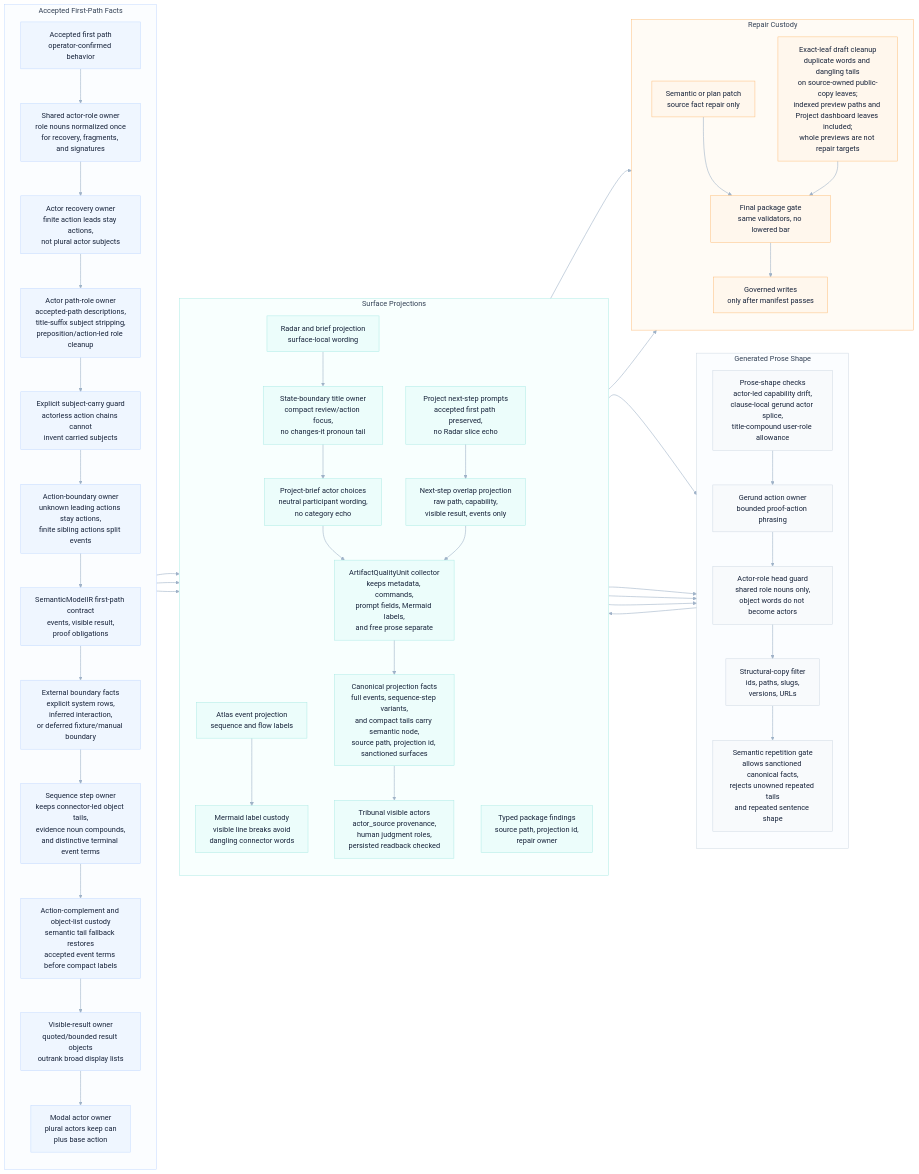
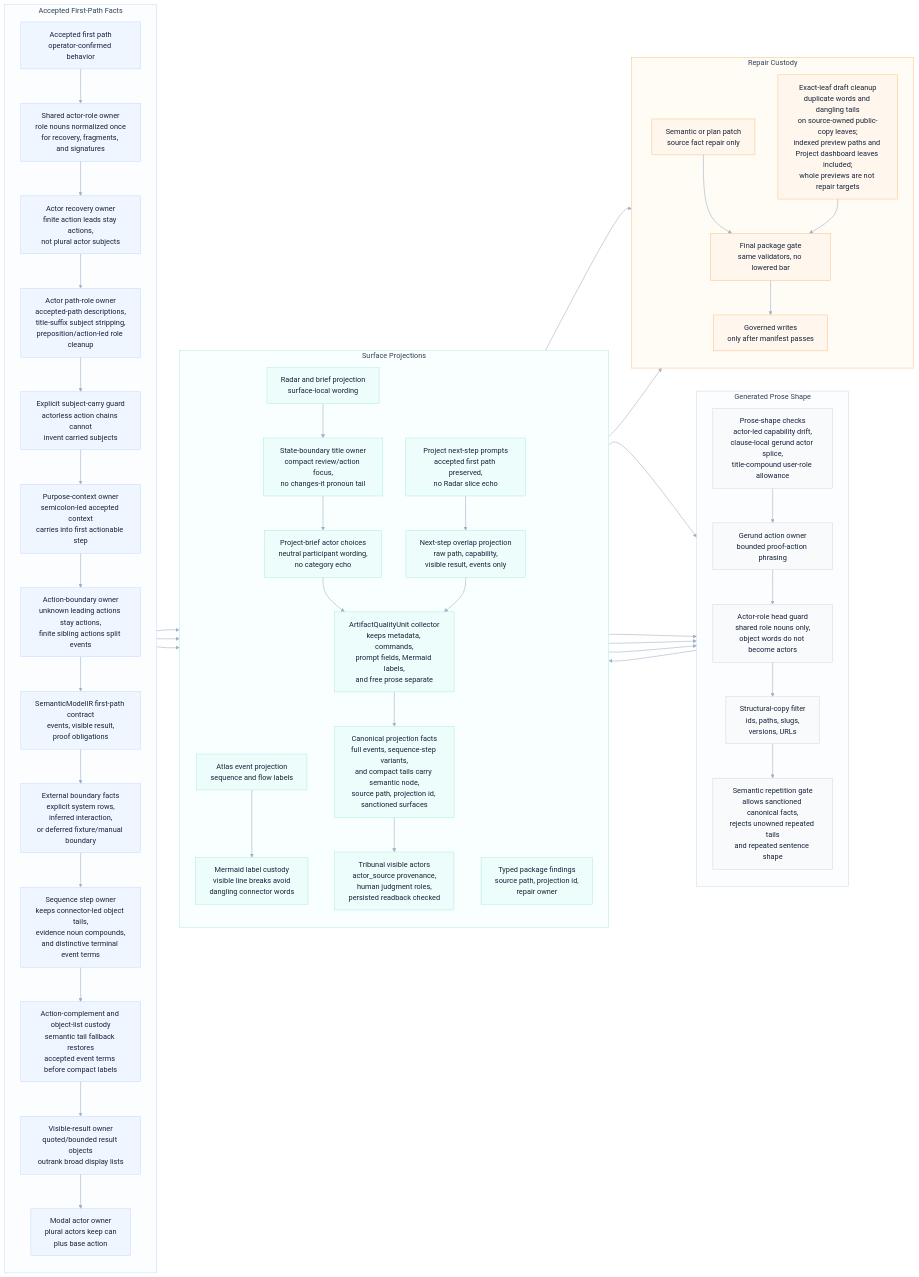
Before and after one commit to odylith/odylith: the diagram in odylith/atlas/source/greenfield-first-path-semantic-copy-custody.mmd, drawn with Mermaid. The commit also changed 29 other files, not shown here.

```diff
--- a/odylith/atlas/source/greenfield-first-path-semantic-copy-custody.mmd
+++ b/odylith/atlas/source/greenfield-first-path-semantic-copy-custody.mmd
@@ -1,100 +1,102 @@
 flowchart LR
     subgraph intent_lane["Accepted First-Path Facts"]
       direction TB
       accepted_path["Accepted first path<br/>operator-confirmed behavior"]
       actor_roles["Shared actor-role owner<br/>role nouns normalized once<br/>for recovery, fragments, and signatures"]
       actor_recovery["Actor recovery owner<br/>finite action leads stay actions,<br/>not plural actor subjects"]
       actor_path_role["Actor path-role owner<br/>accepted-path descriptions,<br/>title-suffix subject stripping,<br/>preposition/action-led role cleanup"]
       subject_carry_guard["Explicit subject-carry guard<br/>actorless action chains cannot<br/>invent carried subjects"]
+      purpose_context["Purpose-context owner<br/>semicolon-led accepted context<br/>carries into first actionable step"]
       action_boundary["Action-boundary owner<br/>unknown leading actions stay actions,<br/>finite sibling actions split events"]
       semantic_contract["SemanticModelIR first-path contract<br/>events, visible result,<br/>proof obligations"]
       external_boundary["External boundary facts<br/>explicit system rows,<br/>inferred interaction,<br/>or deferred fixture/manual boundary"]
       sequence_owner["Sequence step owner<br/>keeps connector-led object tails,<br/>evidence noun compounds,<br/>and distinctive terminal event terms"]
       tail_custody["Action-complement and object-list custody<br/>semantic tail fallback restores<br/>accepted event terms before compact labels"]
       visible_result_owner["Visible-result owner<br/>quoted/bounded result objects<br/>outrank broad display lists"]
       modal_owner["Modal actor owner<br/>plural actors keep can<br/>plus base action"]
     end
 
     subgraph prose_lane["Generated Prose Shape"]
       direction TB
       shape_checks["Prose-shape checks<br/>actor-led capability drift,<br/>clause-local gerund actor splice,<br/>title-compound user-role allowance"]
       gerund_owner["Gerund action owner<br/>bounded proof-action phrasing"]
       actor_role_head_guard["Actor-role head guard<br/>shared role nouns only,<br/>object words do not become actors"]
       structural_filter["Structural-copy filter<br/>ids, paths, slugs,<br/>versions, URLs"]
       repetition_gate["Semantic repetition gate<br/>allows sanctioned canonical facts,<br/>rejects unowned repeated tails<br/>and repeated sentence shape"]
     end
 
     subgraph projection_lane["Surface Projections"]
       direction TB
       radar_projection["Radar and brief projection<br/>surface-local wording"]
       state_boundary_titles["State-boundary title owner<br/>compact review/action focus,<br/>no changes-it pronoun tail"]
       actor_choice_copy["Project-brief actor choices<br/>neutral participant wording,<br/>no category echo"]
       atlas_projection["Atlas event projection<br/>sequence and flow labels"]
       mermaid_label_custody["Mermaid label custody<br/>visible line breaks avoid<br/>dangling connector words"]
       next_step_prompts["Project next-step prompts<br/>accepted first path preserved,<br/>no Radar slice echo"]
       overlap_projection["Next-step overlap projection<br/>raw path, capability,<br/>visible result, events only"]
       artifact_units["ArtifactQualityUnit collector<br/>keeps metadata, commands,<br/>prompt fields, Mermaid labels,<br/>and free prose separate"]
       canonical_facts["Canonical projection facts<br/>full events, sequence-step variants,<br/>and compact tails carry semantic node,<br/>source path, projection id, sanctioned surfaces"]
       tribunal_actors["Tribunal visible actors<br/>actor_source provenance,<br/>human judgment roles,<br/>persisted readback checked"]
       package_findings["Typed package findings<br/>source path, projection id,<br/>repair owner"]
     end
 
     subgraph repair_lane["Repair Custody"]
       direction TB
       semantic_plan_patch["Semantic or plan patch<br/>source fact repair only"]
       exact_draft_cleanup["Exact-leaf draft cleanup<br/>duplicate words and dangling tails<br/>on source-owned public-copy leaves;<br/>indexed preview paths and Project dashboard leaves included;<br/>whole previews are not repair targets"]
       final_gate["Final package gate<br/>same validators, no lowered bar"]
       governed_write["Governed writes<br/>only after manifest passes"]
     end
 
     accepted_path --> actor_roles
     actor_roles --> actor_recovery
     actor_recovery --> actor_path_role
     actor_path_role --> subject_carry_guard
-    subject_carry_guard --> action_boundary
+    subject_carry_guard --> purpose_context
+    purpose_context --> action_boundary
     action_boundary --> semantic_contract
     semantic_contract --> external_boundary
     external_boundary --> sequence_owner
     sequence_owner --> tail_custody
     tail_custody --> visible_result_owner
     visible_result_owner --> modal_owner
     modal_owner --> radar_projection
     modal_owner --> atlas_projection
     modal_owner --> next_step_prompts
     radar_projection --> state_boundary_titles
     state_boundary_titles --> actor_choice_copy
     radar_projection --> shape_checks
     atlas_projection --> mermaid_label_custody
     mermaid_label_custody --> shape_checks
     actor_choice_copy --> artifact_units
     next_step_prompts --> overlap_projection
     overlap_projection --> artifact_units
     artifact_units --> canonical_facts
     canonical_facts --> tribunal_actors
     tribunal_actors --> shape_checks
     shape_checks --> gerund_owner
     gerund_owner --> actor_role_head_guard
     actor_role_head_guard --> structural_filter
     structural_filter --> repetition_gate
     canonical_facts --> repetition_gate
     repetition_gate --> package_findings
     package_findings --> semantic_plan_patch
     package_findings --> exact_draft_cleanup
     semantic_plan_patch --> final_gate
     exact_draft_cleanup --> final_gate
     final_gate --> governed_write
 
     classDef intent fill:#EFF6FF,stroke:#BFD7FE,color:#17233A,stroke-width:1px;
     classDef prose fill:#F8FAFC,stroke:#CBD5E1,color:#17233A,stroke-width:1px;
     classDef projection fill:#ECFDFB,stroke:#A7E9E3,color:#17233A,stroke-width:1px;
     classDef repair fill:#FFF7ED,stroke:#FDBA74,color:#17233A,stroke-width:1px;
-    class accepted_path,actor_roles,actor_recovery,actor_path_role,subject_carry_guard,action_boundary,semantic_contract,external_boundary,sequence_owner,tail_custody,visible_result_owner,modal_owner intent;
+    class accepted_path,actor_roles,actor_recovery,actor_path_role,subject_carry_guard,purpose_context,action_boundary,semantic_contract,external_boundary,sequence_owner,tail_custody,visible_result_owner,modal_owner intent;
     class shape_checks,gerund_owner,actor_role_head_guard,structural_filter,repetition_gate prose;
     class radar_projection,state_boundary_titles,actor_choice_copy,atlas_projection,mermaid_label_custody,next_step_prompts,overlap_projection,artifact_units,canonical_facts,tribunal_actors,package_findings projection;
     class semantic_plan_patch,exact_draft_cleanup,final_gate,governed_write repair;
 
     style intent_lane fill:#FBFDFF,stroke:#BFD7FE,stroke-width:1px,color:#334155
     style prose_lane fill:#FBFDFF,stroke:#CBD5E1,stroke-width:1px,color:#334155
     style projection_lane fill:#F8FFFE,stroke:#A7E9E3,stroke-width:1px,color:#334155
     style repair_lane fill:#FFFBF5,stroke:#FDBA74,stroke-width:1px,color:#334155
     linkStyle default stroke:#9FB2C8,stroke-width:1.25px
```
